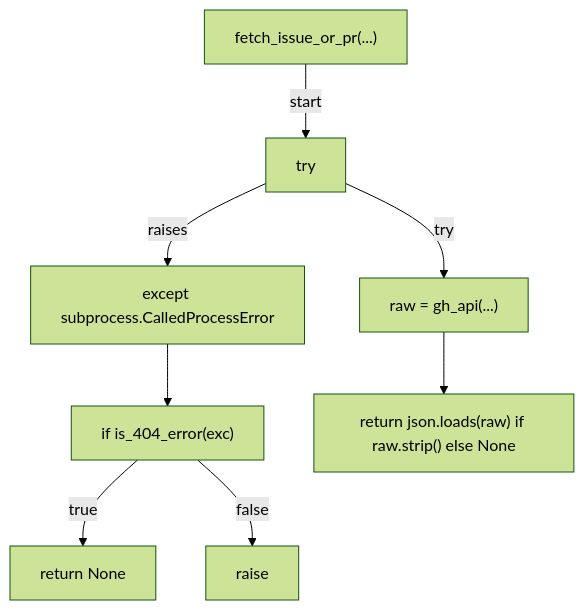
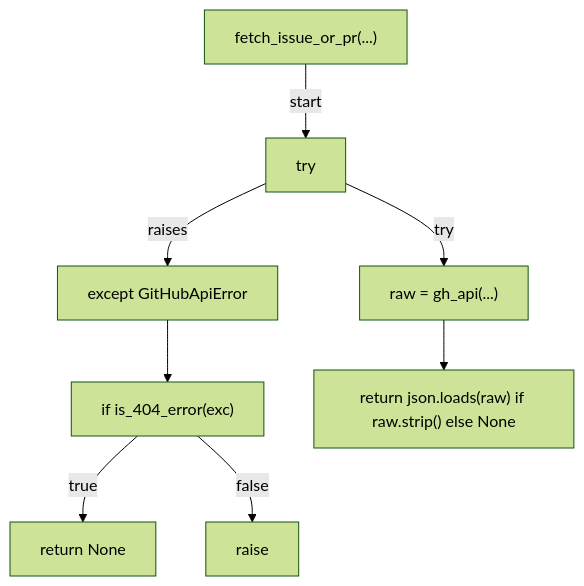
One commit to tvna/claude-md changed diagram 12 of 20 in docs/generated/scripts/ast/scan_retro_followup_drift.md. Above: the diagram before and after it, drawn with Mermaid (forest theme). The commit also changed other lines of this file and 15 other files, not shown here.

First line of the commit message:
docs(generated): regenerate decision tree and workflow diagrams

````diff
--- a/docs/generated/scripts/ast/scan_retro_followup_drift.md
+++ b/docs/generated/scripts/ast/scan_retro_followup_drift.md
@@ -221,18 +210,18 @@
 ```mermaid
 flowchart TD
     N001["fetch_issue_or_pr(...)"]
     N002["try"]
     N003["raw = gh_api(...)"]
-    N004["except subprocess.CalledProcessError"]
+    N004["except GitHubApiError"]
     N005["if is_404_error(exc)"]
     N006["return None"]
     N007["raise"]
     N008["return json.loads(raw) if raw.strip() else None"]
     N001 -->|"start"| N002
     N002 -->|"try"| N003
     N002 -->|"raises"| N004
     N004 --> N005
     N005 -->|"true"| N006
     N005 -->|"false"| N007
     N003 --> N008
 ```
````
